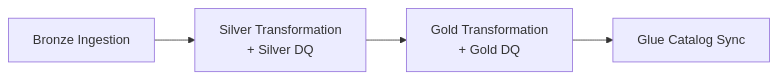
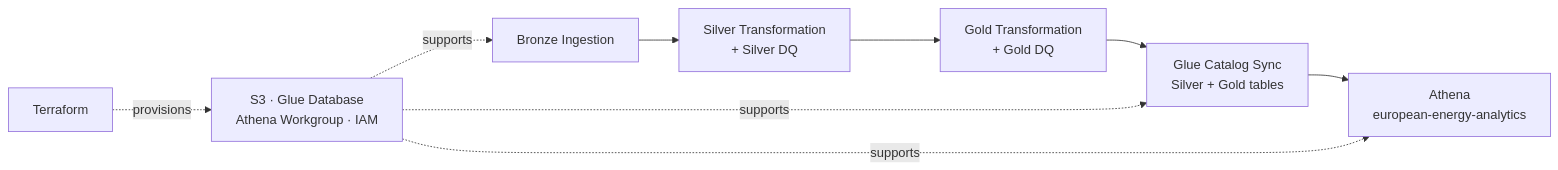
One commit to georgeballa7/EuropeanEnergyDataAnalytics changed the second of 2 diagrams in docs/architecture/architecture.md. Above: the diagram before and after it, drawn with Mermaid. The commit also changed other lines of this file, not shown here.

Commit message:
docs: document Terraform infrastructure and orchestration

````diff
--- a/docs/architecture/architecture.md
+++ b/docs/architecture/architecture.md
@@ -42,6 +49,12 @@
 ```mermaid
 flowchart LR
     B["Bronze Ingestion"] --> S["Silver Transformation<br/>+ Silver DQ"]
     S --> G["Gold Transformation<br/>+ Gold DQ"]
-    G --> C["Glue Catalog Sync"]
+    G --> C["Glue Catalog Sync<br/>Silver + Gold tables"]
+    C --> A["Athena<br/>european-energy-analytics"]
+
+    TF["Terraform"] -. provisions .-> AWS["S3 · Glue Database<br/>Athena Workgroup · IAM"]
+    AWS -. supports .-> B
+    AWS -. supports .-> C
+    AWS -. supports .-> A
 ```
````
